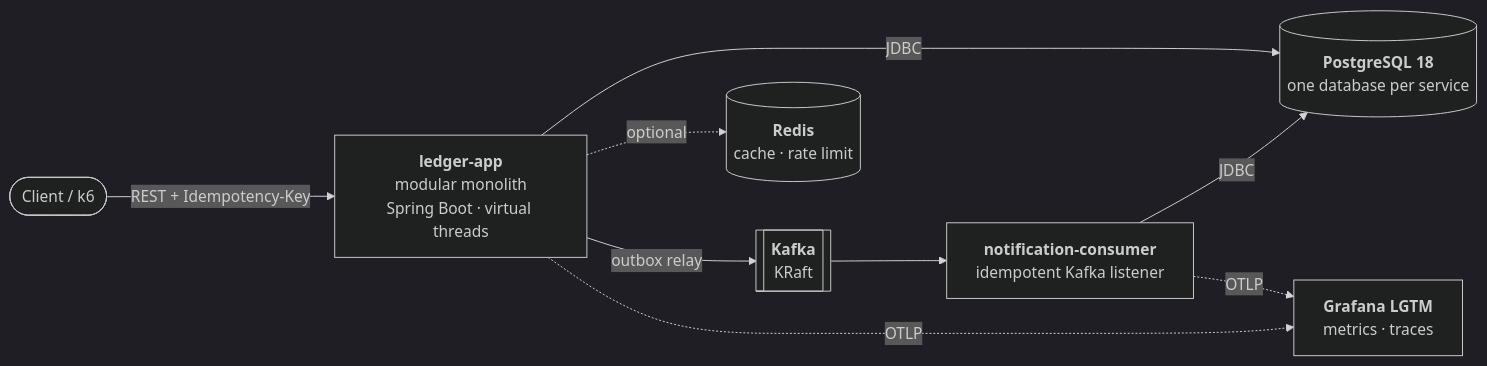
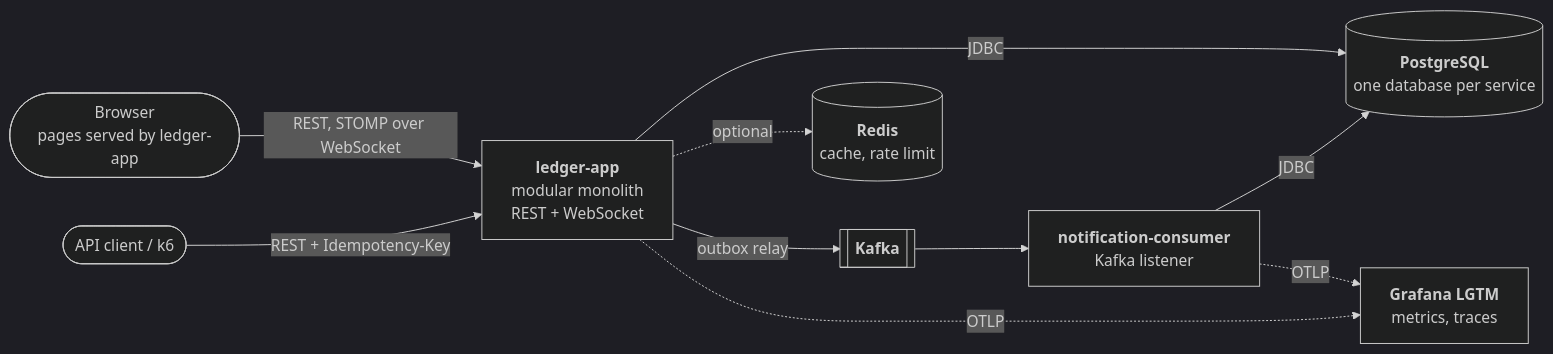
The first of 3 diagrams in README.md (HoangThanhMan/ledgerly), drawn with Mermaid (dark theme) before and after one commit. The commit also changed other lines of this file and 1 other file, not shown here.

````diff
--- a/README.md
+++ b/README.md
@@ -56,19 +82,21 @@
 ```mermaid
 flowchart LR
-    client(["Client / k6"])
-    app["<b>ledger-app</b><br/>modular monolith<br/>Spring Boot · virtual threads"]
-    consumer["<b>notification-consumer</b><br/>idempotent Kafka listener"]
-    pg[("<b>PostgreSQL 18</b><br/>one database per service")]
-    kafka[["<b>Kafka</b><br/>KRaft"]]
-    redis[("<b>Redis</b><br/>cache · rate limit")]
-    lgtm["<b>Grafana LGTM</b><br/>metrics · traces"]
+    browser(["Browser<br/>pages served by ledger-app"])
+    client(["API client / k6"])
+    app["<b>ledger-app</b><br/>modular monolith<br/>REST + WebSocket"]
+    consumer["<b>notification-consumer</b><br/>Kafka listener"]
+    pg[("<b>PostgreSQL</b><br/>one database per service")]
+    kafka[["<b>Kafka</b>"]]
+    redis[("<b>Redis</b><br/>cache, rate limit")]
+    lgtm["<b>Grafana LGTM</b><br/>metrics, traces"]
 
+    browser -->|"REST, STOMP over WebSocket"| app
     client -->|"REST + Idempotency-Key"| app
     app -->|JDBC| pg
-    app -.->|"optional"| redis
+    app -.->|optional| redis
     app -->|"outbox relay"| kafka
     kafka --> consumer
     consumer -->|JDBC| pg
-    app -. OTLP .-> lgtm
-    consumer -. OTLP .-> lgtm
+    app -.->|OTLP| lgtm
+    consumer -.->|OTLP| lgtm
 ```
````
